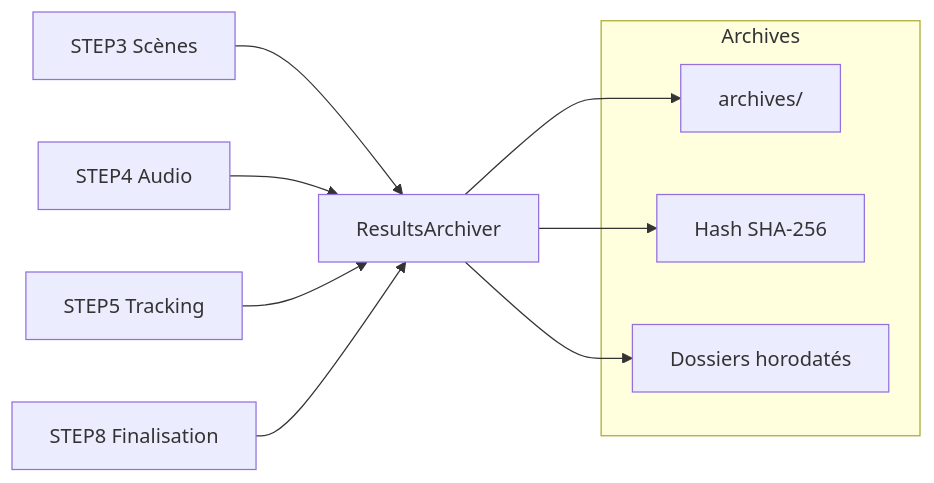
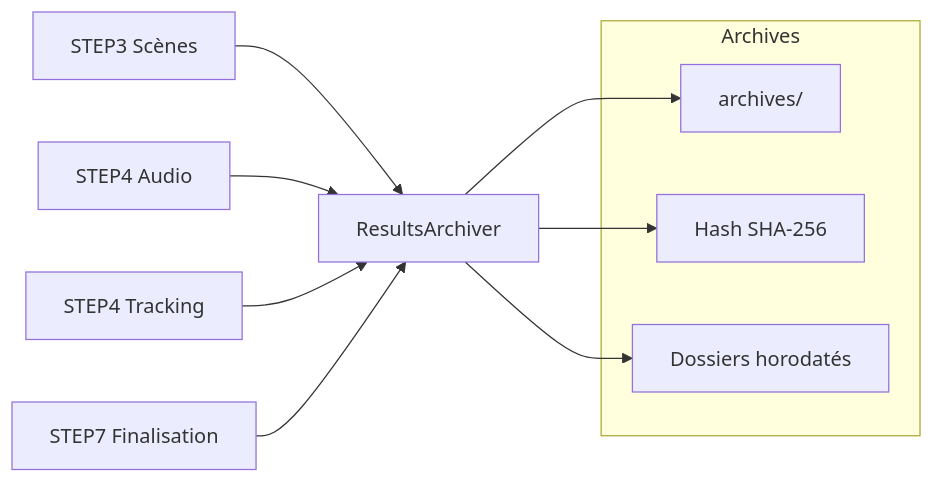
One commit to ki2pixel/workflow_mediapipe changed the diagram in docs/workflow/services/results-archiver-service.md. Above: the diagram before and after it, drawn with Mermaid. The commit also changed 73 other files, not shown here.

````diff
--- a/docs/workflow/services/results-archiver-service.md
+++ b/docs/workflow/services/results-archiver-service.md
@@ -452,17 +452,17 @@
 ```mermaid
 graph LR
     A[STEP3 Scènes] --> B[ResultsArchiver]
     C[STEP4 Audio] --> B
-    D[STEP5 Tracking] --> B
-    E[STEP8 Finalisation] --> B
+    D[STEP4 Tracking] --> B
+    E[STEP7 Finalisation] --> B
     
     subgraph "Archives"
         F[archives/]
         G[Hash SHA-256]
         H[Dossiers horodatés]
     end
     
     B --> F
     B --> G
     B --> H
 ```
````
